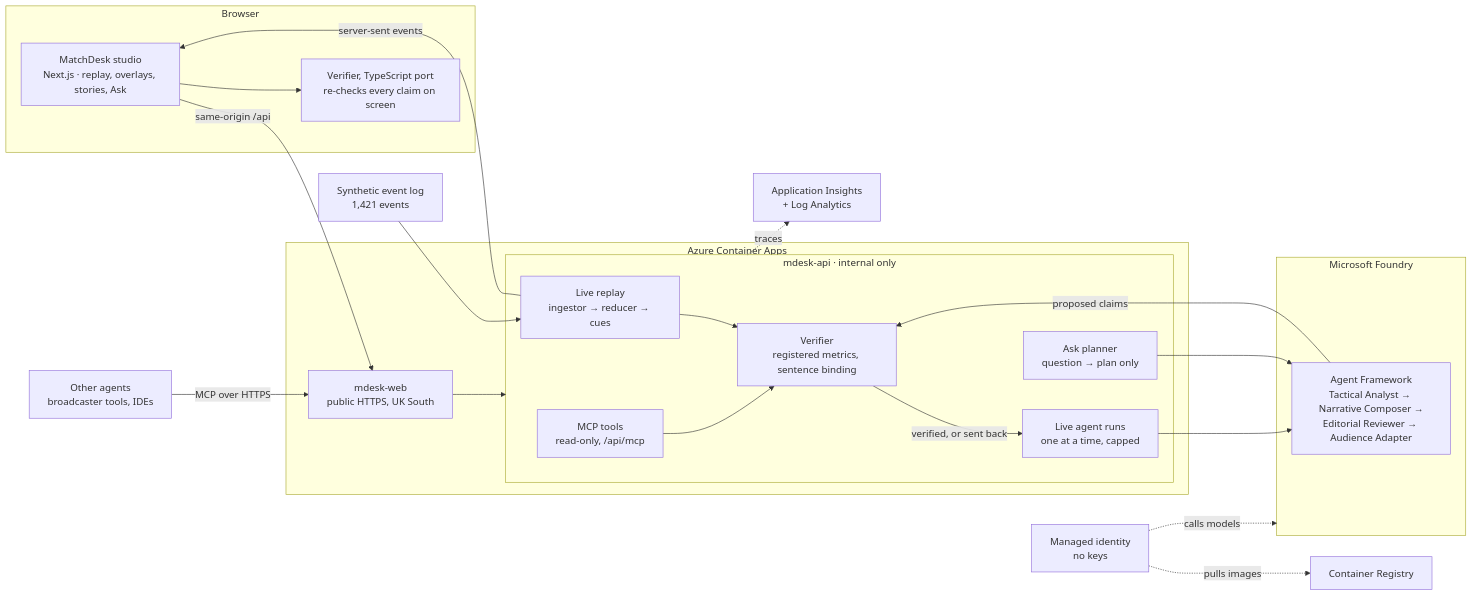
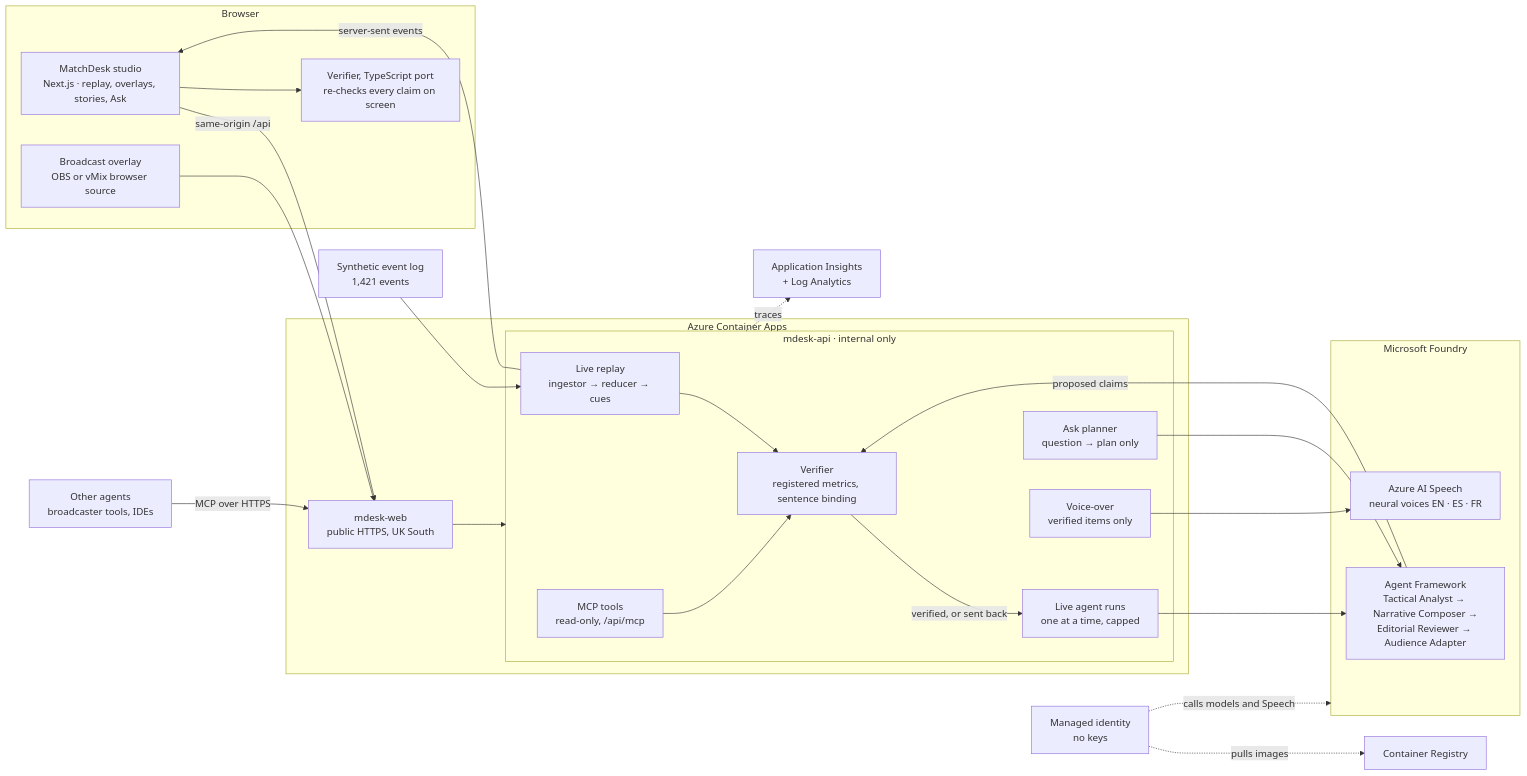
The diagram in README.md (GOkwori/matchdesk), drawn with Mermaid before and after one commit. The commit also changed other lines of this file and 14 other files, not shown here.

````diff
--- a/README.md
+++ b/README.md
@@ -146,39 +88,44 @@
 ```mermaid
 flowchart LR
     subgraph Browser["Browser"]
         UI["MatchDesk studio<br/>Next.js · replay, overlays, stories, Ask"]
         BV["Verifier, TypeScript port<br/>re-checks every claim on screen"]
+        OBS["Broadcast overlay<br/>OBS or vMix browser source"]
     end
     subgraph ACA["Azure Container Apps"]
         WEB["mdesk-web<br/>public HTTPS, UK South"]
         subgraph APIBOX["mdesk-api · internal only"]
             LIVE["Live replay<br/>ingestor → reducer → cues"]
             RUNS["Live agent runs<br/>one at a time, capped"]
             PLAN["Ask planner<br/>question → plan only"]
             MCP["MCP tools<br/>read-only, /api/mcp"]
+            VOICE["Voice-over<br/>verified items only"]
             VER["Verifier<br/>registered metrics, sentence binding"]
         end
     end
     subgraph FOUNDRY["Microsoft Foundry"]
         AF["Agent Framework<br/>Tactical Analyst → Narrative Composer →<br/>Editorial Reviewer → Audience Adapter"]
+        SPEECH["Azure AI Speech<br/>neural voices EN · ES · FR"]
     end
     LOG["Synthetic event log<br/>1,421 events"]
     AI["Application Insights<br/>+ Log Analytics"]
     ACR["Container Registry"]
     ID["Managed identity<br/>no keys"]
     EXT["Other agents<br/>broadcaster tools, IDEs"]
 
     UI -- "same-origin /api" --> WEB --> APIBOX
+    OBS --> WEB
     LOG --> LIVE --> VER
     RUNS --> AF
     PLAN --> AF
     AF -- "proposed claims" --> VER
     VER -- "verified, or sent back" --> RUNS
     LIVE -- "server-sent events" --> UI
     UI --> BV
+    VOICE --> SPEECH
     EXT -- "MCP over HTTPS" --> WEB
     MCP --> VER
     APIBOX -. traces .-> AI
     ID -. pulls images .-> ACR
-    ID -. calls models .-> FOUNDRY
+    ID -. "calls models and Speech" .-> FOUNDRY
 ```
````
